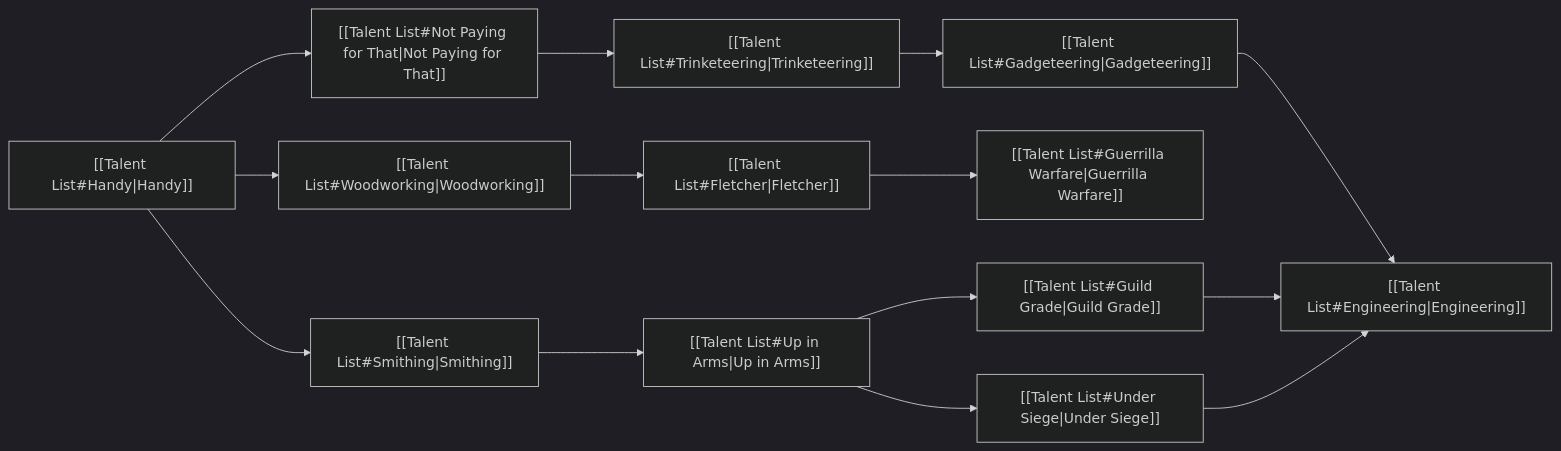
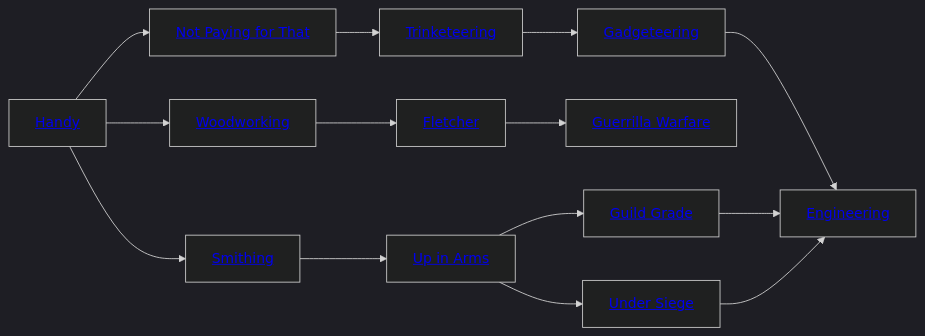
Before and after one commit to donutrj/verdigris: the fourth of 9 diagrams in quartz/content/Characters/Talents/Talent Trees.md, drawn with Mermaid (dark theme). The commit also changed other lines of this file, not shown here.

First line of the commit message:
Convert Mermaid links to functional web links using Python script

````diff
--- a/quartz/content/Characters/Talents/Talent Trees.md
+++ b/quartz/content/Characters/Talents/Talent Trees.md
@@ -105,33 +105,33 @@
 ``` mermaid
 graph LR
 
-A["[[Talent List#Engineering|Engineering]]"]
-B["[[Talent List#Fletcher|Fletcher]]"]
-C["[[Talent List#Gadgeteering|Gadgeteering]]"]
-D["[[Talent List#Guerrilla Warfare|Guerrilla Warfare]]"]
-E["[[Talent List#Guild Grade|Guild Grade]]"]
-F["[[Talent List#Handy|Handy]]"]
-G["[[Talent List#Not Paying for That|Not Paying for That]]"]
-H["[[Talent List#Smithing|Smithing]]"]
-I["[[Talent List#Trinketeering|Trinketeering]]"]
-J["[[Talent List#Woodworking|Woodworking]]"]
-K["[[Talent List#Under Siege|Under Siege]]"]
-L["[[Talent List#Up in Arms|Up in Arms]]"]
+A[<a href="/Characters/Talents/talent-list#engineering">Engineering</a>]
+B[<a href="/Characters/Talents/talent-list#fletcher">Fletcher</a>]
+C[<a href="/Characters/Talents/talent-list#gadgeteering">Gadgeteering</a>]
+D[<a href="/Characters/Talents/talent-list#guerrilla-warfare">Guerrilla Warfare</a>]
+E[<a href="/Characters/Talents/talent-list#guild-grade">Guild Grade</a>]
+F[<a href="/Characters/Talents/talent-list#handy">Handy</a>]
+G[<a href="/Characters/Talents/talent-list#not-paying-for-that">Not Paying for That</a>]
+H[<a href="/Characters/Talents/talent-list#smithing">Smithing</a>]
+I[<a href="/Characters/Talents/talent-list#trinketeering">Trinketeering</a>]
+J[<a href="/Characters/Talents/talent-list#woodworking">Woodworking</a>]
+K[<a href="/Characters/Talents/talent-list#under-siege">Under Siege</a>]
+L[<a href="/Characters/Talents/talent-list#up-in-arms">Up in Arms</a>]
 
 F --> J
 F --> H
 F --> G
 J --> B
 H --> L
 G --> I
 B --> D
 L --> K
 L --> E
 I --> C
 C --> A
 E --> A
 K --> A
 
 
 
 ```
````
